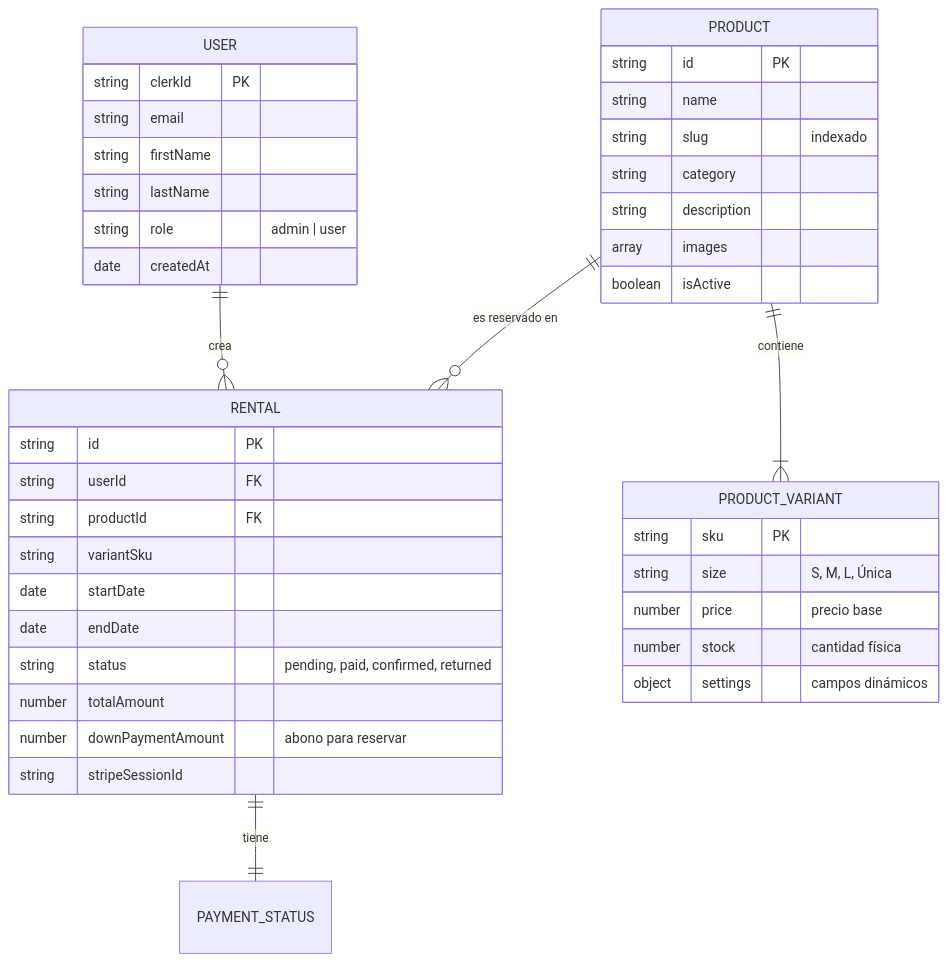
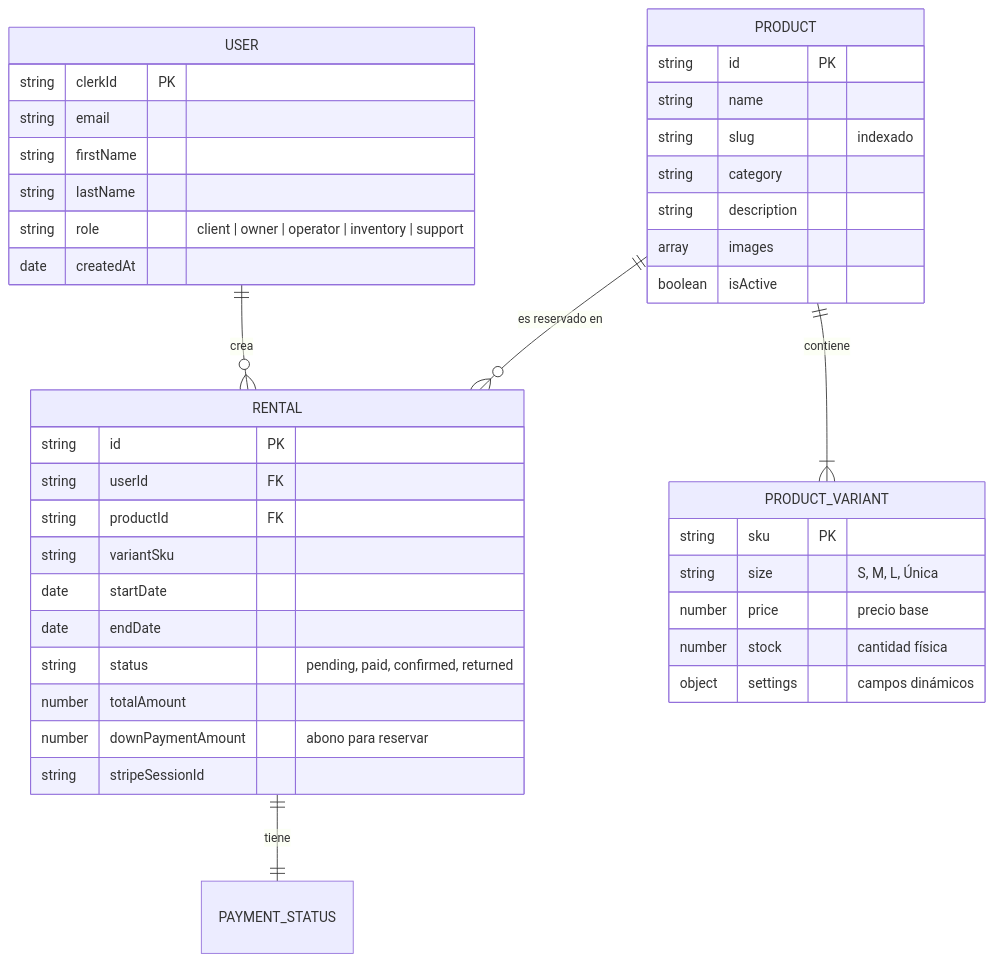
One commit to notSoEliel/TEMBLEQUES-CAMILA-WEB changed the diagram in docs/DATABASE_SCHEMA.md. Above: the diagram before and after it, drawn with Mermaid. The commit also changed other lines of this file and 22 other files, not shown here.

````diff
--- a/docs/DATABASE_SCHEMA.md
+++ b/docs/DATABASE_SCHEMA.md
@@ -11,47 +11,47 @@
 ```mermaid
 erDiagram
     USER ||--o{ RENTAL : "crea"
     PRODUCT ||--o{ RENTAL : "es reservado en"
     PRODUCT ||--|{ PRODUCT_VARIANT : "contiene"
     RENTAL ||--|| PAYMENT_STATUS : "tiene"
 
     USER {
         string clerkId PK
         string email
         string firstName
         string lastName
-        string role "admin | user"
+        string role "client | owner | operator | inventory | support"
         date createdAt
     }
 
     PRODUCT {
         string id PK
         string name
         string slug "indexado"
         string category
         string description
         array images
         boolean isActive
     }
 
     PRODUCT_VARIANT {
         string sku PK
         string size "S, M, L, Única"
         number price "precio base"
         number stock "cantidad física"
         object settings "campos dinámicos"
     }
 
     RENTAL {
         string id PK
         string userId FK
         string productId FK
         string variantSku
         date startDate
         date endDate
         string status "pending, paid, confirmed, returned"
         number totalAmount
         number downPaymentAmount "abono para reservar"
         string stripeSessionId
     }
 ```
````
